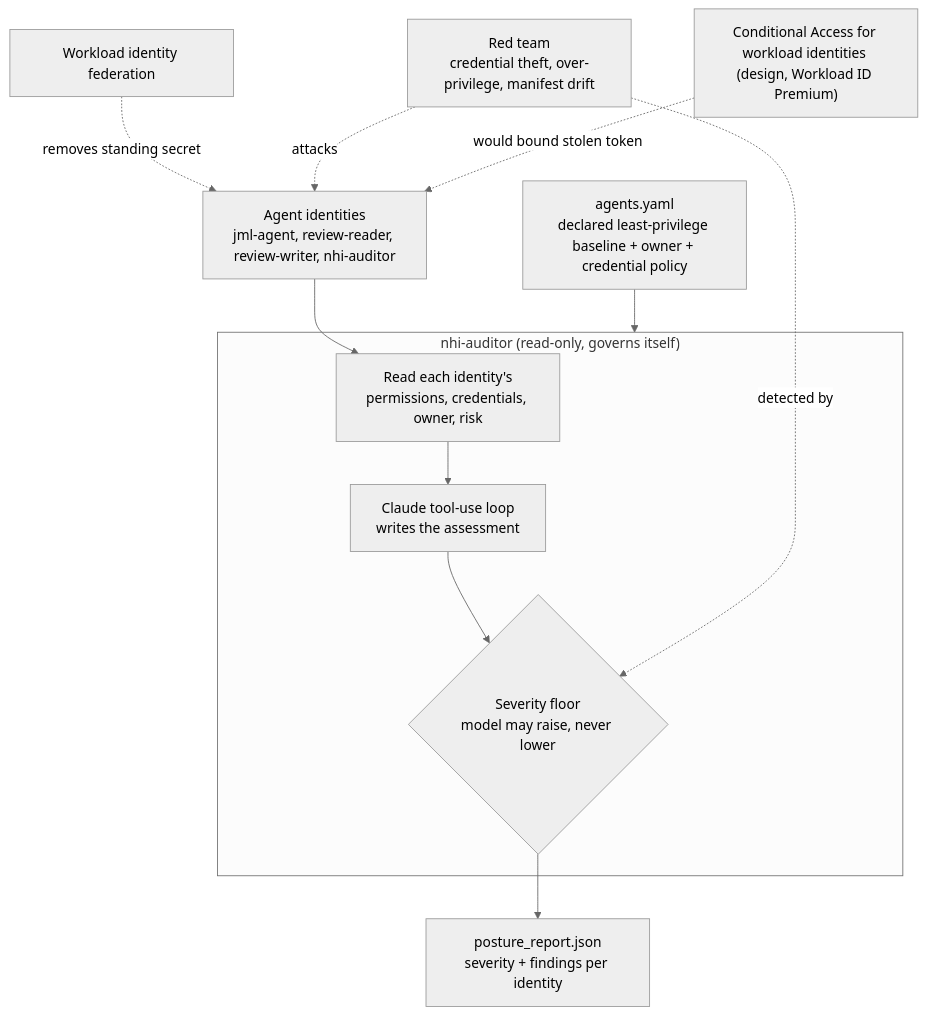
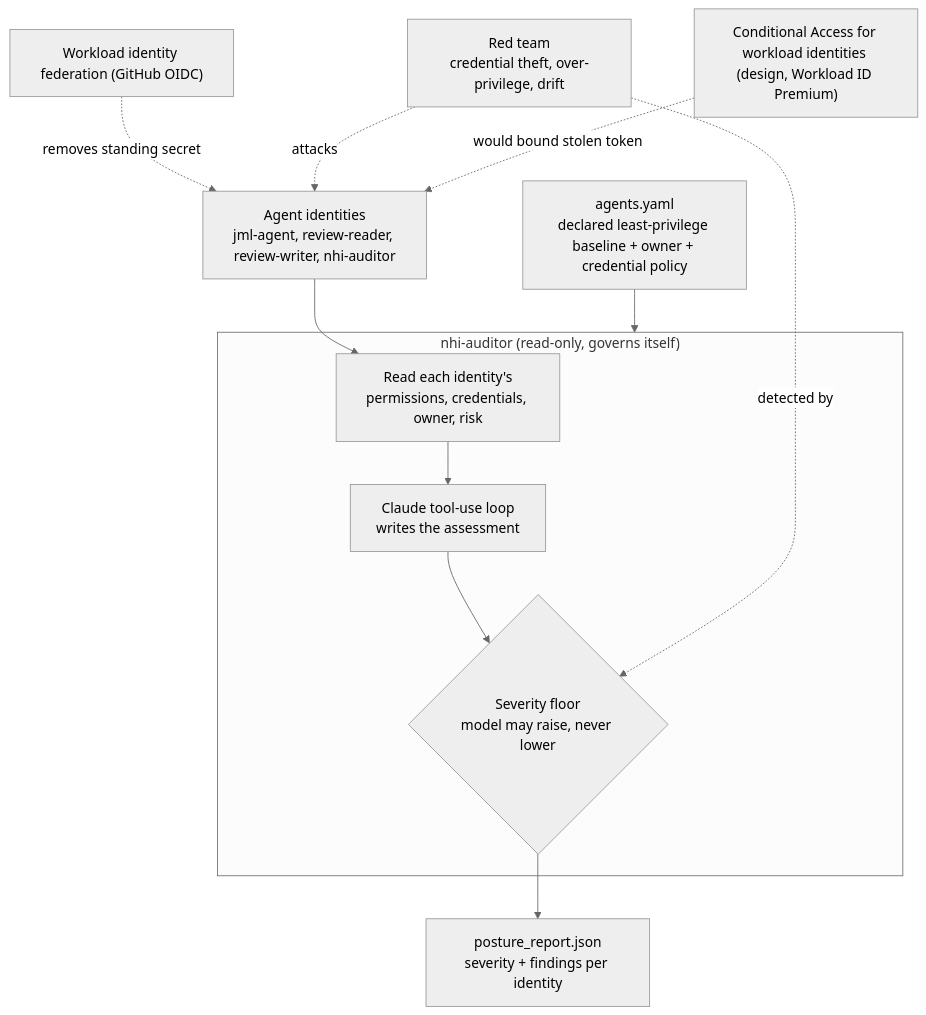
One commit to jeff6942016/agentic-ai-iam changed the diagram in 03-secure-the-agent/README.md. Above: the diagram before and after it, drawn with Mermaid (neutral theme). The commit also changed other lines of this file and 17 other files, not shown here.

````diff
--- a/03-secure-the-agent/README.md
+++ b/03-secure-the-agent/README.md
@@ -27,14 +29,14 @@
 ```mermaid
 flowchart TD
     manifest["agents.yaml<br/>declared least-privilege baseline + owner + credential policy"] --> auditor
     subgraph auditor["nhi-auditor (read-only, governs itself)"]
         reader["Read each identity's<br/>permissions, credentials, owner, risk"] --> model["Claude tool-use loop<br/>writes the assessment"]
         model --> floor{"Severity floor<br/>model may raise, never lower"}
     end
     floor --> report["posture_report.json<br/>severity + findings per identity"]
-    fed["Workload identity federation"] -.removes standing secret.-> agents["Agent identities<br/>jml-agent, review-reader, review-writer, nhi-auditor"]
+    fed["Workload identity federation (GitHub OIDC)"] -.removes standing secret.-> agents["Agent identities<br/>jml-agent, review-reader, review-writer, nhi-auditor"]
     agents --> reader
-    redteam["Red team<br/>credential theft, over-privilege, manifest drift"] -.attacks.-> agents
+    redteam["Red team<br/>credential theft, over-privilege, drift"] -.attacks.-> agents
     redteam -.detected by.-> floor
     ca["Conditional Access for workload identities (design, Workload ID Premium)"] -.would bound stolen token.-> agents
 ```
````
